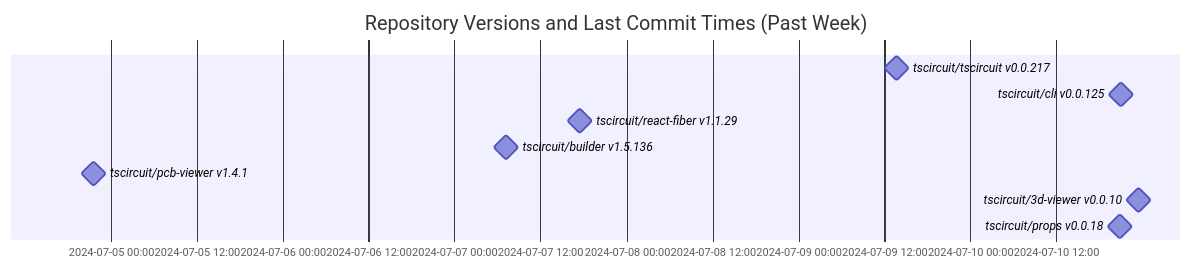
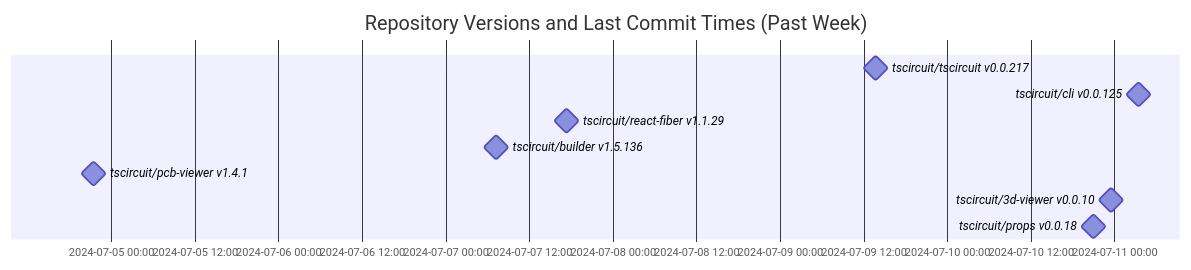
One commit to tscircuit/version-tracker changed the diagram in README.md. Above: the diagram before and after it, drawn with Mermaid.

Commit message:
Update chart

````diff
--- a/README.md
+++ b/README.md
@@ -1,14 +1,14 @@
 ```mermaid
 gantt
   dateFormat  YYYY-MM-DD HH:mm:ss
   title Repository Versions and Last Commit Times (Past Week)
   axisFormat %Y-%m-%d %H:%M
 
   tscircuit/tscircuit v0.0.217 : milestone, 2024-07-09 13:42:47, 1s
-  tscircuit/cli v0.0.125 : milestone, 2024-07-10 21:03:03, 1s
+  tscircuit/cli v0.0.125 : milestone, 2024-07-11 03:26:17, 1s
   tscircuit/react-fiber v1.1.29 : milestone, 2024-07-07 17:23:26, 1s
   tscircuit/builder v1.5.136 : milestone, 2024-07-07 07:13:19, 1s
   tscircuit/pcb-viewer v1.4.1 : milestone, 2024-07-04 21:31:51, 1s
   tscircuit/3d-viewer v0.0.10 : milestone, 2024-07-10 23:31:51, 1s
   tscircuit/props v0.0.18 : milestone, 2024-07-10 20:59:29, 1s
 ```
````
